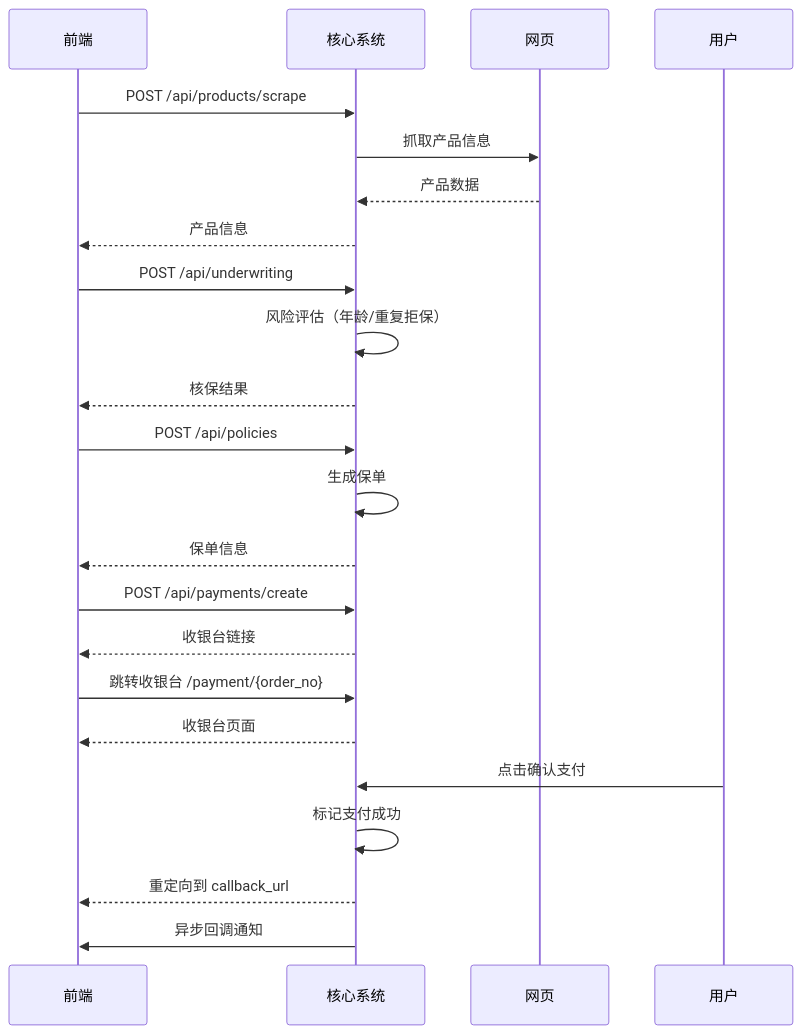
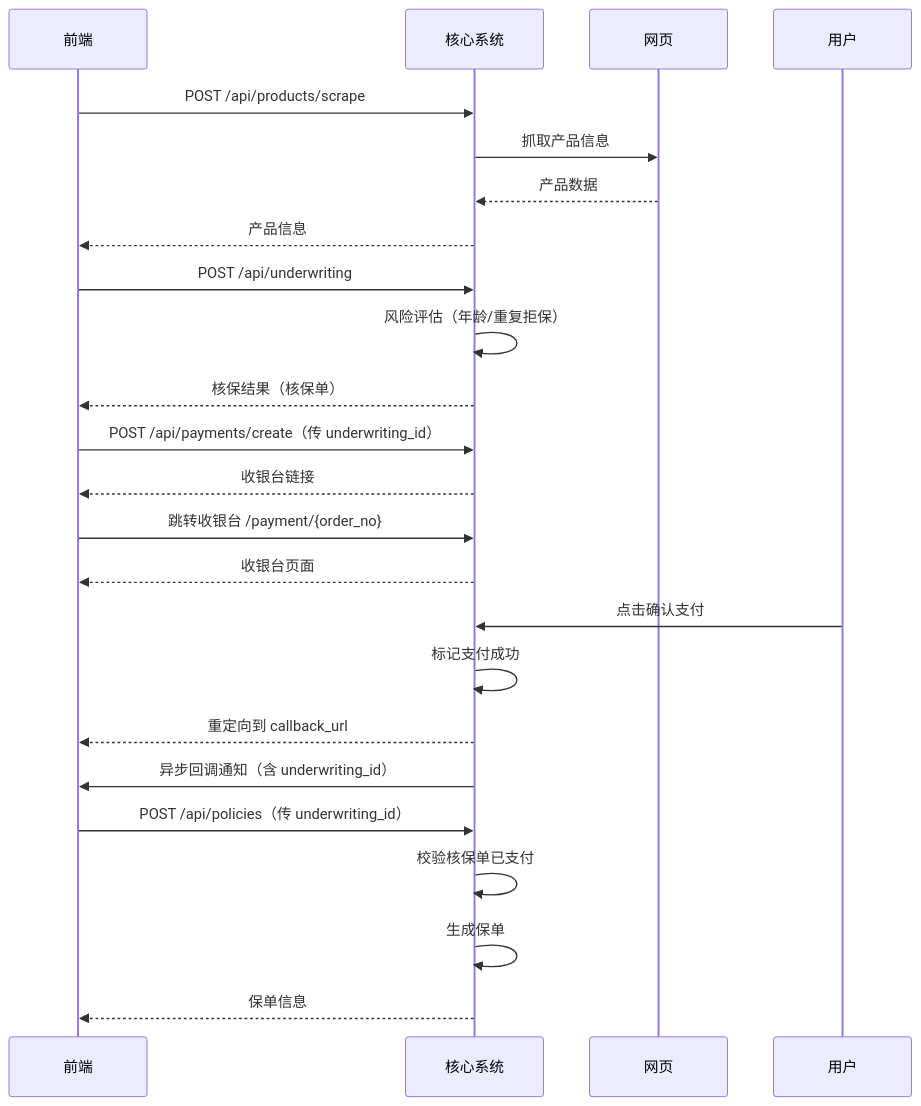
The diagram in API.md (mikeChen92/core_test), drawn with Mermaid before and after one commit. The commit also changed other lines of this file and 9 other files, not shown here.

````diff
--- a/API.md
+++ b/API.md
@@ -544,30 +546,31 @@
 ```mermaid
 sequenceDiagram
     participant 前端
     participant 核心系统
     participant 网页
 
     前端->>核心系统: POST /api/products/scrape
     核心系统->>网页: 抓取产品信息
     网页-->>核心系统: 产品数据
     核心系统-->>前端: 产品信息
 
     前端->>核心系统: POST /api/underwriting
     核心系统->>核心系统: 风险评估（年龄/重复拒保）
-    核心系统-->>前端: 核保结果
+    核心系统-->>前端: 核保结果（核保单）
 
-    前端->>核心系统: POST /api/policies
-    核心系统->>核心系统: 生成保单
-    核心系统-->>前端: 保单信息
-
-    前端->>核心系统: POST /api/payments/create
+    前端->>核心系统: POST /api/payments/create（传 underwriting_id）
     核心系统-->>前端: 收银台链接
 
     前端->>核心系统: 跳转收银台 /payment/{order_no}
     核心系统-->>前端: 收银台页面
 
     用户->>核心系统: 点击确认支付
     核心系统->>核心系统: 标记支付成功
     核心系统-->>前端: 重定向到 callback_url
-    核心系统->>前端: 异步回调通知
+    核心系统->>前端: 异步回调通知（含 underwriting_id）
+
+    前端->>核心系统: POST /api/policies（传 underwriting_id）
+    核心系统->>核心系统: 校验核保单已支付
+    核心系统->>核心系统: 生成保单
+    核心系统-->>前端: 保单信息
 ```
````
